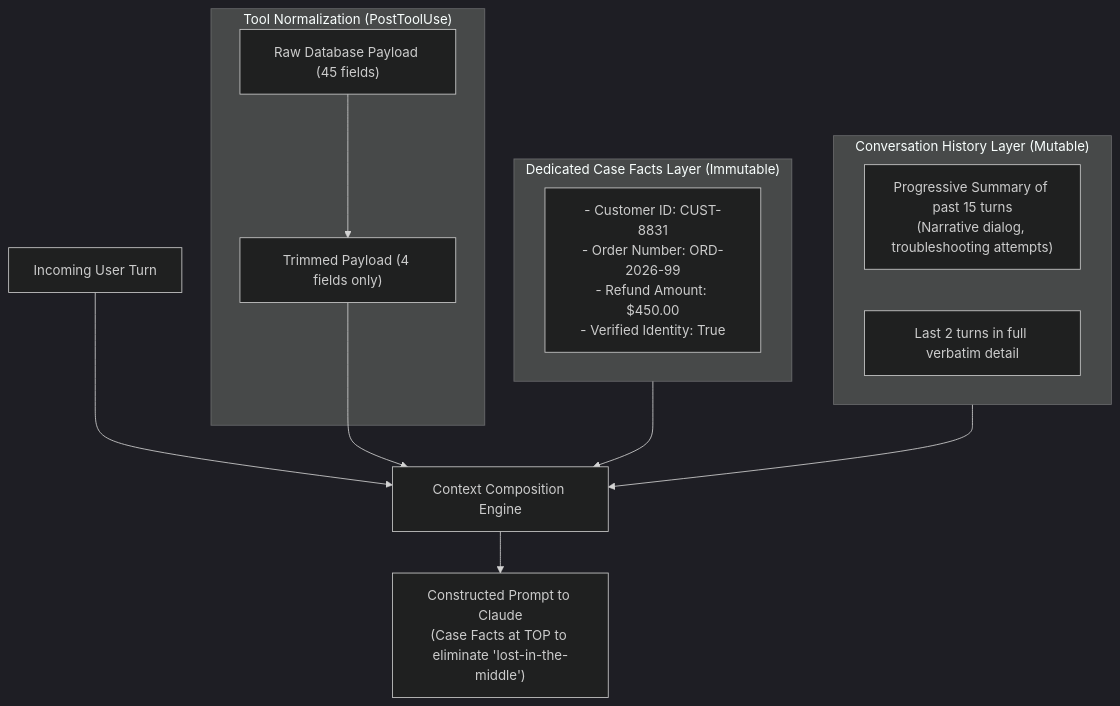
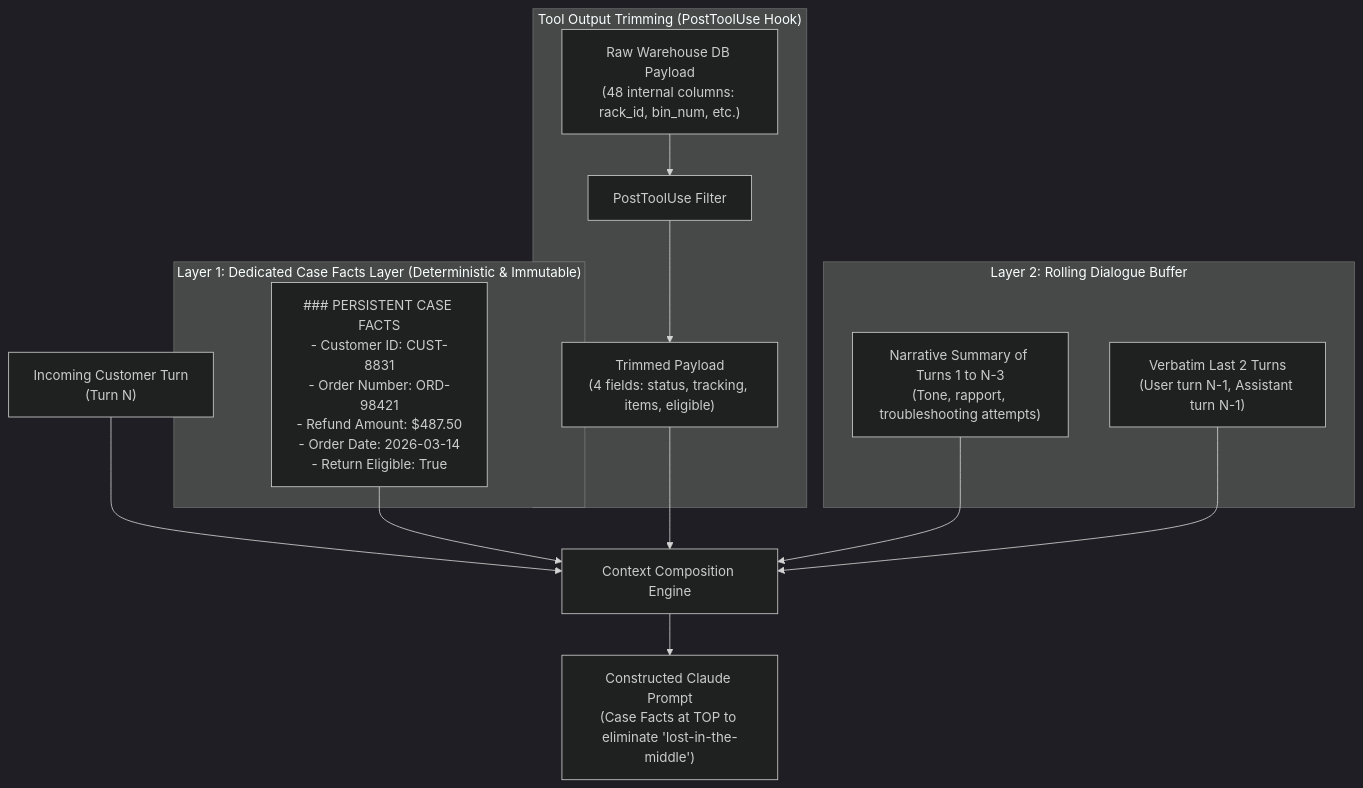
The diagram in domain5/ts_5_1_context_preservation/README.md (dip4k/claude_cert_architect_foundation_prep), drawn with Mermaid (dark theme) before and after one commit. The commit also changed other lines of this file and 59 other files, not shown here.

````diff
--- a/domain5/ts_5_1_context_preservation/README.md
+++ b/domain5/ts_5_1_context_preservation/README.md
@@ -10,23 +49,25 @@
 ```mermaid
 flowchart TD
-    UserTurn["Incoming User Turn"] --> ContextEngine["Context Composition Engine"]
+    UserMsg["Incoming Customer Turn<br>(Turn N)"] --> ContextEngine["Context Composition Engine"]
     
-    subgraph CaseFacts["Dedicated Case Facts Layer (Immutable)"]
-        Facts["- Customer ID: CUST-8831<br>- Order Number: ORD-2026-99<br>- Refund Amount: $450.00<br>- Verified Identity: True"]
+    subgraph FactsLayer["Layer 1: Dedicated Case Facts Layer (Deterministic & Immutable)"]
+        CaseFacts["### PERSISTENT CASE FACTS<br>- Customer ID: CUST-8831<br>- Order Number: ORD-98421<br>- Refund Amount: $487.50<br>- Order Date: 2026-03-14<br>- Return Eligible: True"]
     end
     
-    subgraph ConversationHistory["Conversation History Layer (Mutable)"]
-        TurnSummary["Progressive Summary of past 15 turns<br>(Narrative dialog, troubleshooting attempts)"]
-        RecentTurns["Last 2 turns in full verbatim detail"]
+    subgraph ToolTrimmer["Tool Output Trimming (PostToolUse Hook)"]
+        RawDB["Raw Warehouse DB Payload<br>(48 internal columns: rack_id, bin_num, etc.)"] --> Filter["PostToolUse Filter"]
+        Filter --> Trimmed["Trimmed Payload<br>(4 fields: status, tracking, items, eligible)"]
     end
     
-    subgraph ToolTrimmer["Tool Normalization (PostToolUse)"]
-        RawDB["Raw Database Payload (45 fields)"] --> TrimmedResult["Trimmed Payload (4 fields only)"]
+    subgraph DialogLayer["Layer 2: Rolling Dialogue Buffer"]
+        RollingSummary["Narrative Summary of Turns 1 to N-3<br>(Tone, rapport, troubleshooting attempts)"]
+        VerbatimTurns["Verbatim Last 2 Turns<br>(User turn N-1, Assistant turn N-1)"]
     end
     
     CaseFacts --> ContextEngine
-    ConversationHistory --> ContextEngine
-    TrimmedResult --> ContextEngine
+    Trimmed --> ContextEngine
+    RollingSummary --> ContextEngine
+    VerbatimTurns --> ContextEngine
     
-    ContextEngine --> ClaudePrompt["Constructed Prompt to Claude<br>(Case Facts at TOP to eliminate 'lost-in-the-middle')"]
+    ContextEngine --> FinalPrompt["Constructed Claude Prompt<br>(Case Facts at TOP to eliminate 'lost-in-the-middle')"]
 ```
````
